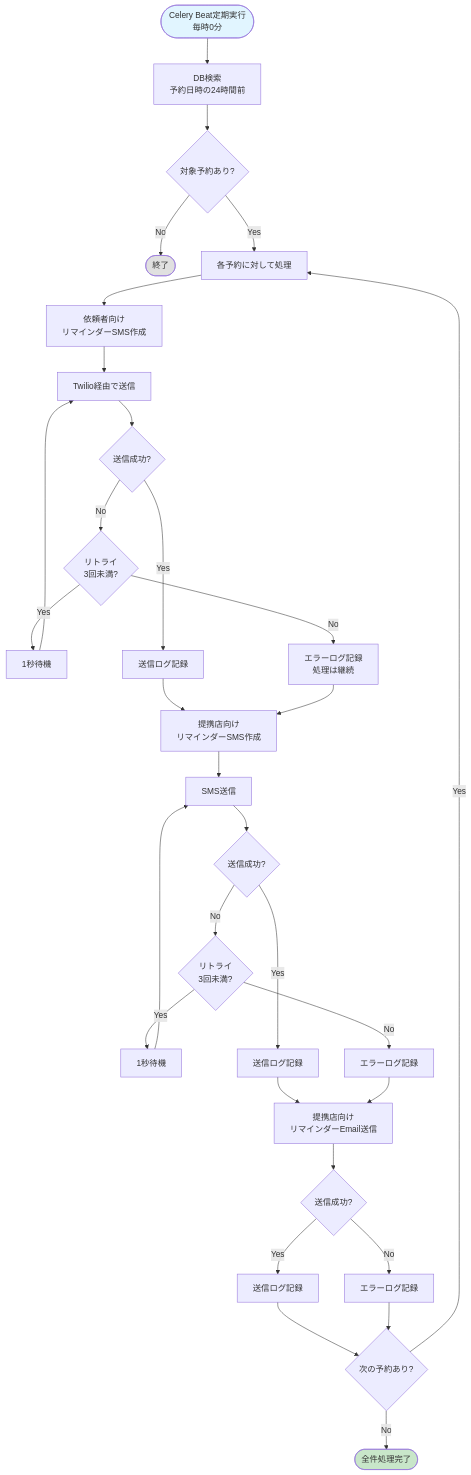
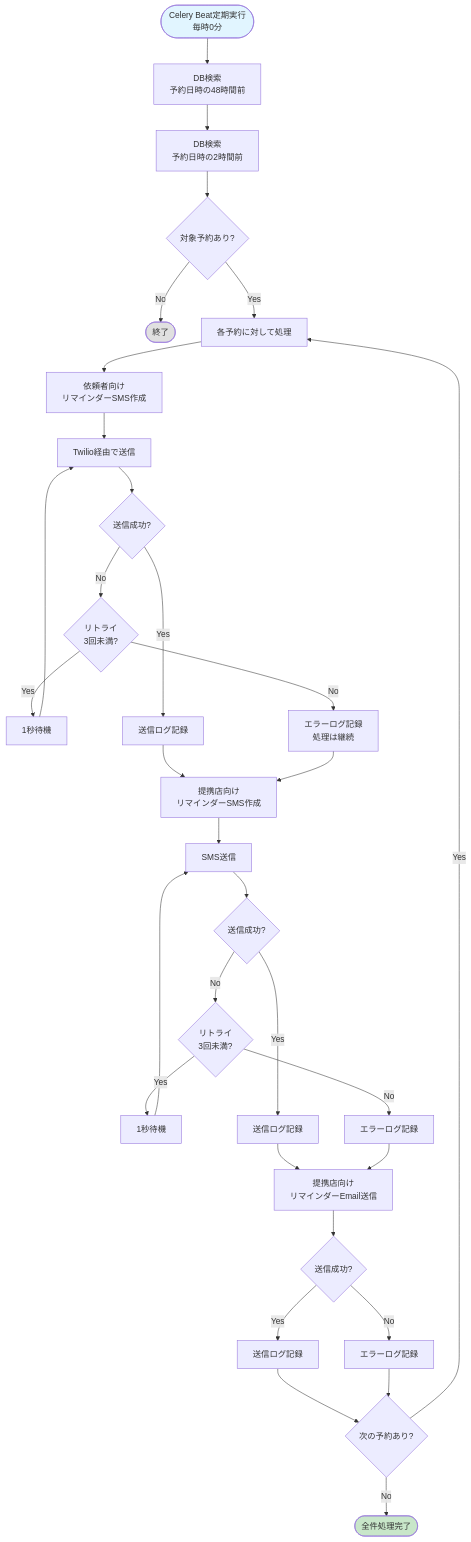
Before and after one commit to kshimono/mcp_phone: the sixth of 9 diagrams in requiremet/業務フロー図.md, drawn with Mermaid. The commit also changed other lines of this file and 2 other files, not shown here.

````diff
--- a/requiremet/業務フロー図.md
+++ b/requiremet/業務フロー図.md
@@ -266,48 +277,49 @@
 ```mermaid
 graph TB
-    Start([Celery Beat定期実行<br/>毎時0分]) --> Query[DB検索<br/>予約日時の24時間前]
-    Query --> HasTarget{対象予約あり?}
+    Start([Celery Beat定期実行<br/>毎時0分]) --> Query48[DB検索<br/>予約日時の48時間前]
+    Query48 --> Query2[DB検索<br/>予約日時の2時間前]
+    Query2 --> HasTarget{対象予約あり?}
 
     HasTarget -->|No| End1([終了])
     HasTarget -->|Yes| ForEach[各予約に対して処理]
 
     ForEach --> CreateSMS1[依頼者向け<br/>リマインダーSMS作成]
     CreateSMS1 --> SendSMS1[Twilio経由で送信]
     SendSMS1 --> SMS1Result{送信成功?}
 
     SMS1Result -->|No| Retry1{リトライ<br/>3回未満?}
     Retry1 -->|Yes| Wait1[1秒待機]
     Wait1 --> SendSMS1
     Retry1 -->|No| LogError1[エラーログ記録<br/>処理は継続]
 
     SMS1Result -->|Yes| LogSuccess1[送信ログ記録]
     LogSuccess1 --> CreateSMS2[提携店向け<br/>リマインダーSMS作成]
     LogError1 --> CreateSMS2
 
     CreateSMS2 --> SendSMS2[SMS送信]
     SendSMS2 --> SMS2Result{送信成功?}
 
     SMS2Result -->|No| Retry2{リトライ<br/>3回未満?}
     Retry2 -->|Yes| Wait2[1秒待機]
     Wait2 --> SendSMS2
     Retry2 -->|No| LogError2[エラーログ記録]
 
     SMS2Result -->|Yes| LogSuccess2[送信ログ記録]
 
     LogSuccess2 --> SendEmail[提携店向け<br/>リマインダーEmail送信]
     LogError2 --> SendEmail
 
     SendEmail --> EmailResult{送信成功?}
     EmailResult -->|No| LogError3[エラーログ記録]
     EmailResult -->|Yes| LogSuccess3[送信ログ記録]
 
     LogSuccess3 --> NextReservation{次の予約あり?}
     LogError3 --> NextReservation
 
     NextReservation -->|Yes| ForEach
     NextReservation -->|No| End2([全件処理完了])
 
     style Start fill:#e1f5ff
     style End1 fill:#e0e0e0
     style End2 fill:#c8e6c9
 ```
````
